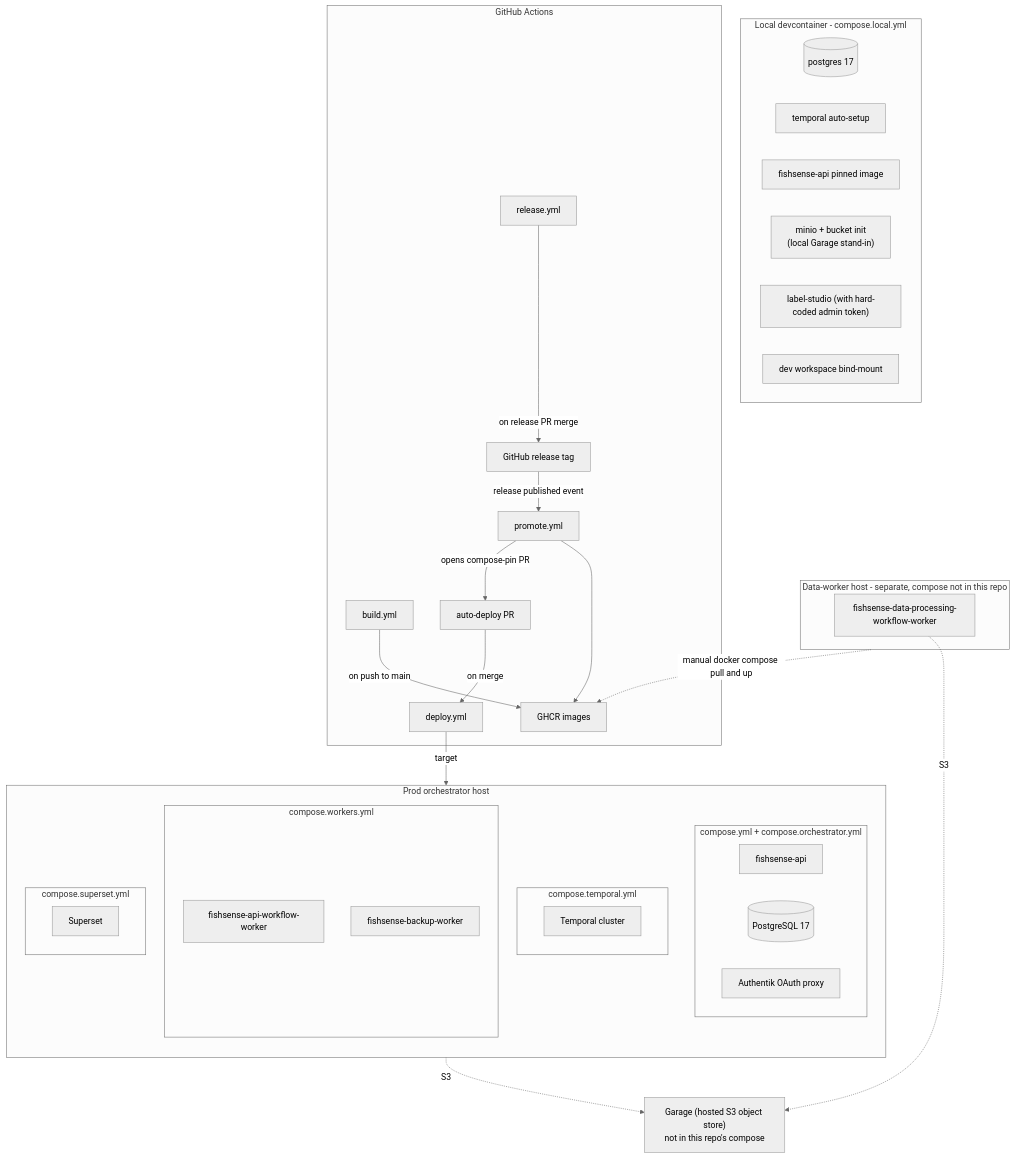
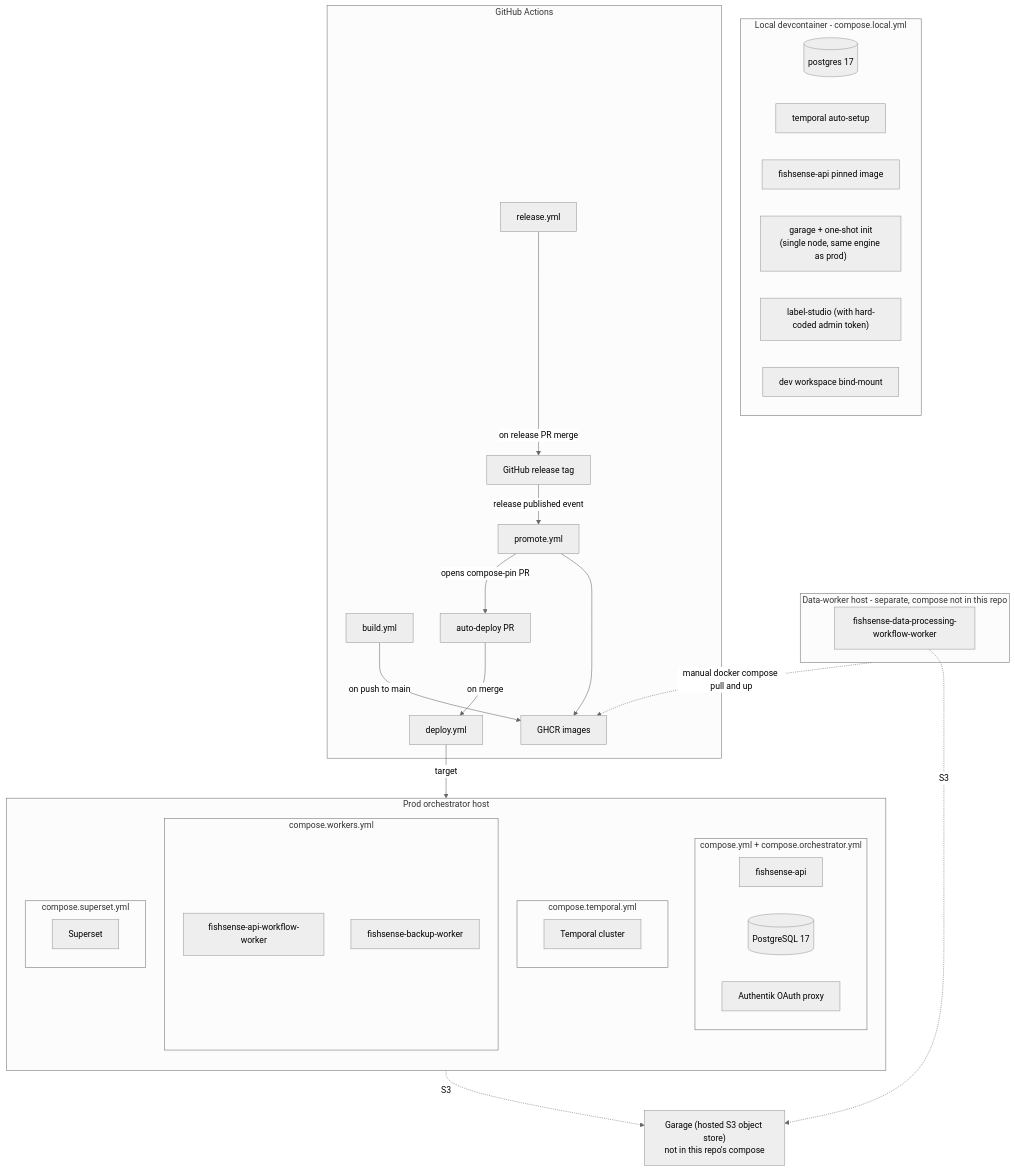
The second of 8 diagrams in docs/diagrams.md (UCSD-E4E/fishsense-lite), drawn with Mermaid (neutral theme) before and after one commit. The commit also changed 11 other files, not shown here.

````diff
--- a/docs/diagrams.md
+++ b/docs/diagrams.md
@@ -83,59 +83,59 @@
 ```mermaid
 flowchart TB
     subgraph PROD["Prod orchestrator host"]
         direction TB
         subgraph C_BASE["compose.yml + compose.orchestrator.yml"]
             P_API["fishsense-api"]
             P_PG[("PostgreSQL 17")]
             P_AUTHENTIK["Authentik OAuth proxy"]
         end
         subgraph C_TEMPORAL["compose.temporal.yml"]
             P_TEMPORAL["Temporal cluster"]
         end
         subgraph C_WORKERS["compose.workers.yml"]
             P_APIWW["fishsense-api-workflow-worker"]
             P_BUW["fishsense-backup-worker"]
         end
         subgraph C_SUPERSET["compose.superset.yml"]
             P_SUP["Superset"]
         end
     end
 
     GAR["Garage (hosted S3 object store)<br/>not in this repo's compose"]
 
     subgraph DWHOST["Data-worker host - separate, compose not in this repo"]
         D_DPW["fishsense-data-processing-workflow-worker"]
     end
 
     subgraph DEV["Local devcontainer - compose.local.yml"]
         L_PG[("postgres 17")]
         L_TEMPORAL["temporal auto-setup"]
         L_API["fishsense-api pinned image"]
-        L_MINIO["minio + bucket init<br/>(local Garage stand-in)"]
+        L_GARAGE["garage + one-shot init<br/>(single node, same engine as prod)"]
         L_LS["label-studio (with hard-coded admin token)"]
         L_DEV["dev workspace bind-mount"]
     end
 
     subgraph CI["GitHub Actions"]
         CI_BUILD["build.yml"]
         CI_RELEASE["release.yml"]
         CI_PROMOTE["promote.yml"]
         CI_DEPLOY["deploy.yml"]
         GHCR["GHCR images"]
         GH_REL["GitHub release tag"]
         AUTO_PR["auto-deploy PR"]
     end
 
     P_APIWW -.->|S3| GAR
     D_DPW   -.->|S3| GAR
 
     CI_BUILD   -->|on push to main| GHCR
     CI_RELEASE -->|on release PR merge| GH_REL
     GH_REL     -->|release published event| CI_PROMOTE
     CI_PROMOTE --> GHCR
     CI_PROMOTE -->|opens compose-pin PR| AUTO_PR
     AUTO_PR    -->|on merge| CI_DEPLOY
     CI_DEPLOY  -->|target| PROD
 
     DWHOST -.->|manual docker compose pull and up| GHCR
 ```
````
